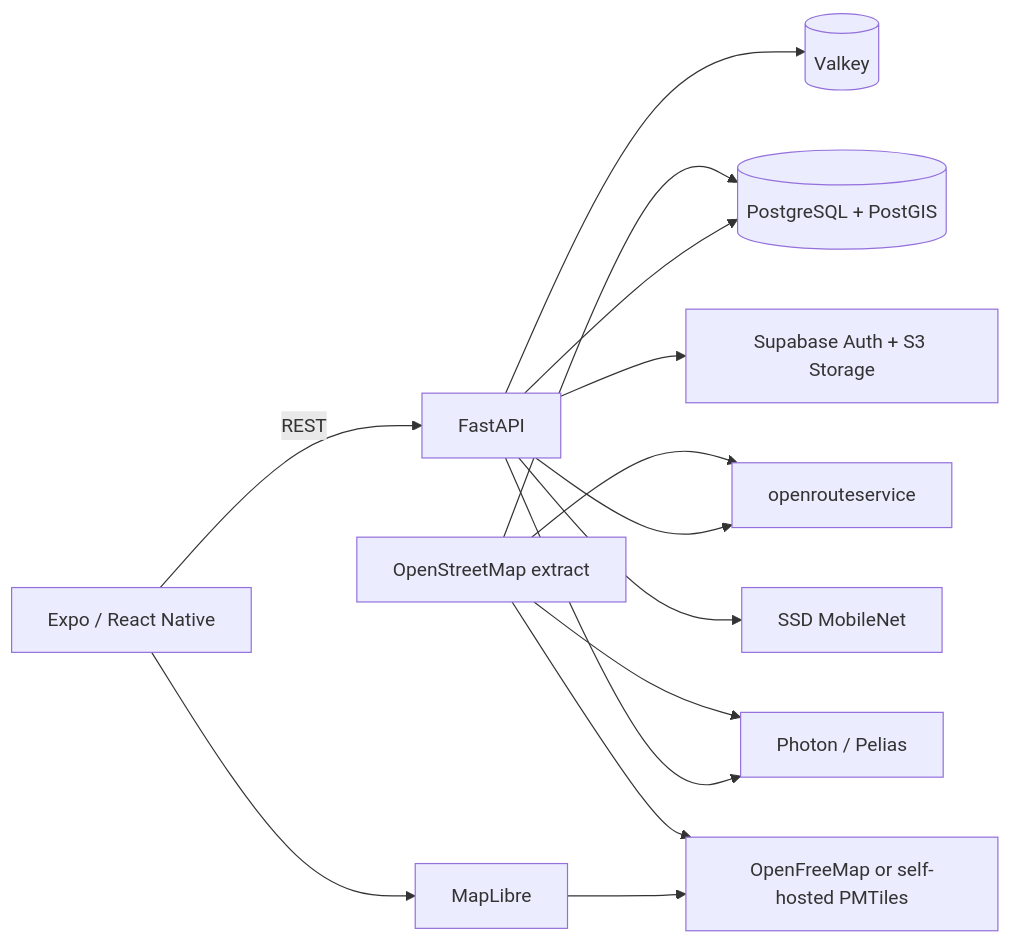
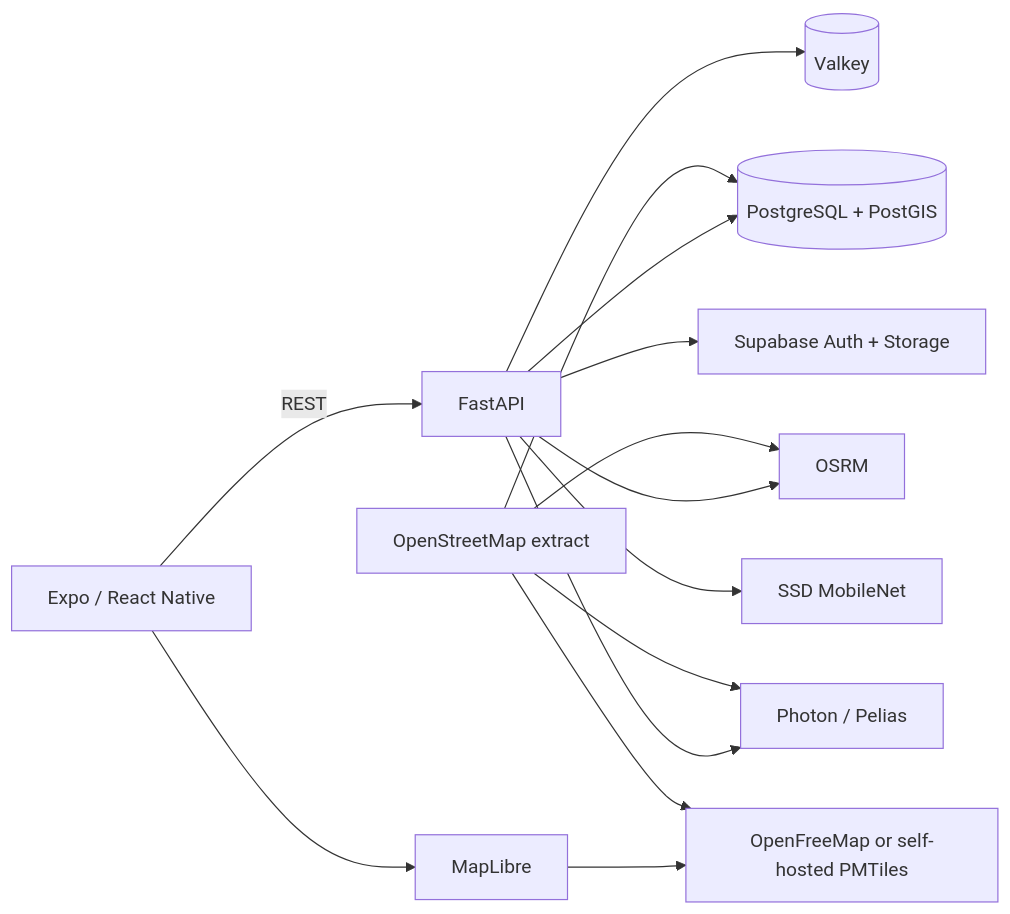
The diagram in README.md (Ep1cGaimer/PathFinder), drawn with Mermaid before and after one commit. The commit also changed other lines of this file and 18 other files, not shown here.

````diff
--- a/README.md
+++ b/README.md
@@ -23,16 +23,16 @@
 ```mermaid
 flowchart LR
   C[Expo / React Native] -->|REST| A[FastAPI]
   C --> M[MapLibre]
   M --> T[OpenFreeMap or self-hosted PMTiles]
   A --> P[(PostgreSQL + PostGIS)]
   A --> V[(Valkey)]
-  A --> R[openrouteservice]
+  A --> R[OSRM]
   A --> G[Photon / Pelias]
-  A --> S[Supabase Auth + S3 Storage]
+  A --> S[Supabase Auth + Storage]
   A --> CV[SSD MobileNet]
   O[OpenStreetMap extract] --> P
   O --> R
   O --> G
   O --> T
 ```
````
